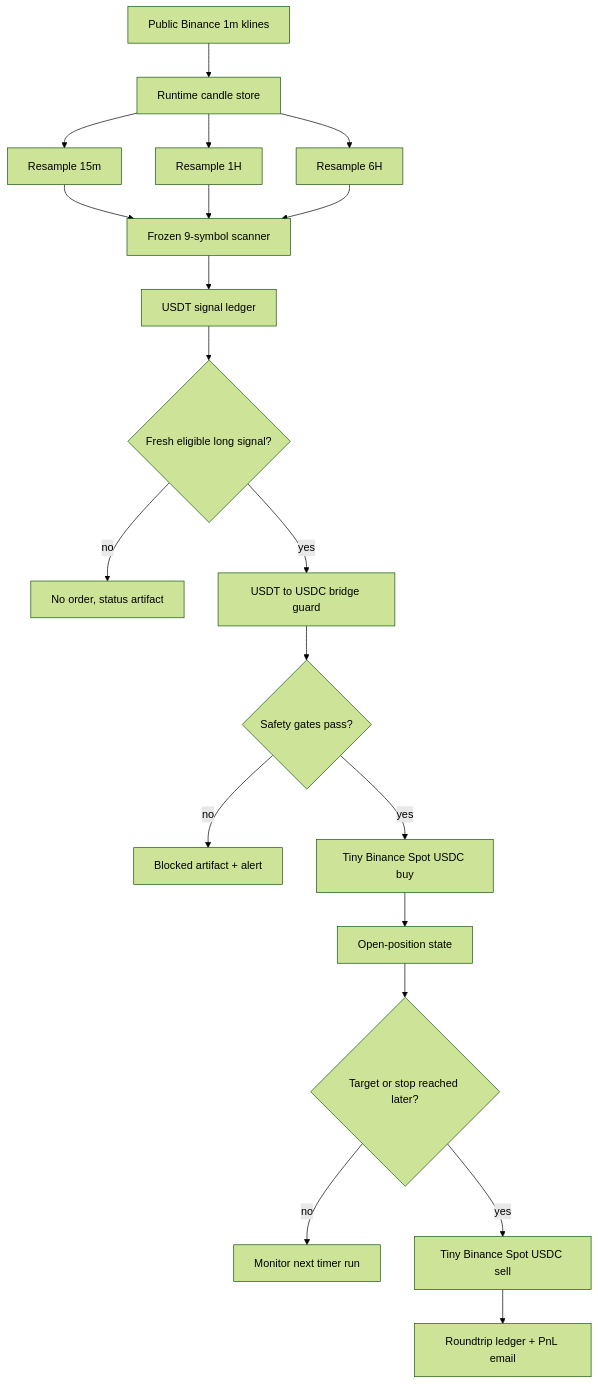
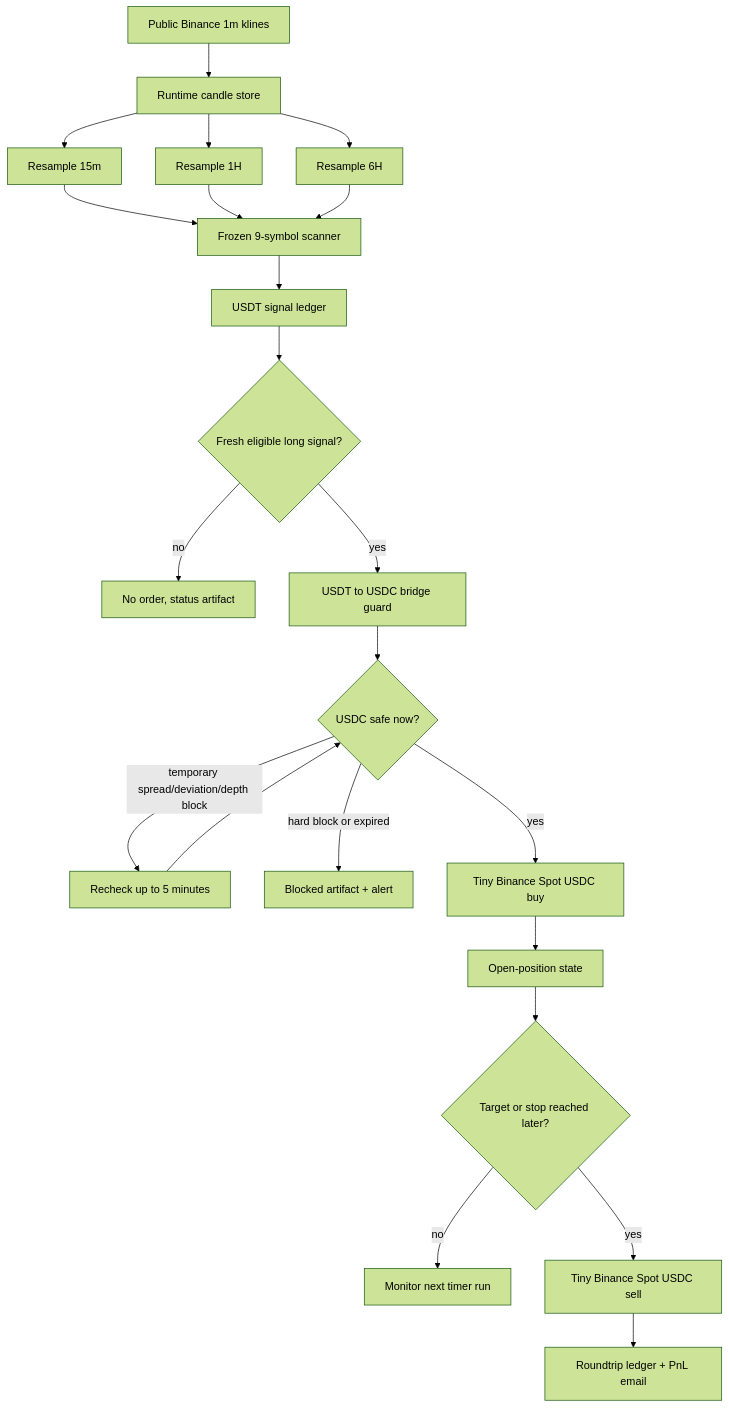
One commit to nneupane1/Crypto-Compounding-Engine changed the second of 3 diagrams in README.md. Above: the diagram before and after it, drawn with Mermaid (forest theme). The commit also changed other lines of this file and 5 other files, not shown here.

````diff
--- a/README.md
+++ b/README.md
@@ -271,22 +333,24 @@
 ```mermaid
 flowchart TD
     A[Public Binance 1m klines] --> B[Runtime candle store]
     B --> C[Resample 15m]
     B --> D[Resample 1H]
     B --> E[Resample 6H]
     C --> F[Frozen 9-symbol scanner]
     D --> F
     E --> F
     F --> G[USDT signal ledger]
     G --> H{Fresh eligible long signal?}
     H -- no --> I[No order, status artifact]
     H -- yes --> J[USDT to USDC bridge guard]
-    J --> K{Safety gates pass?}
-    K -- no --> L[Blocked artifact + alert]
+    J --> K{USDC safe now?}
+    K -- temporary spread/deviation/depth block --> K2[Recheck up to 5 minutes]
+    K2 --> K
+    K -- hard block or expired --> L[Blocked artifact + alert]
     K -- yes --> M[Tiny Binance Spot USDC buy]
     M --> N[Open-position state]
     N --> O{Target or stop reached later?}
     O -- no --> P[Monitor next timer run]
     O -- yes --> Q[Tiny Binance Spot USDC sell]
     Q --> R[Roundtrip ledger + PnL email]
 ```
````
